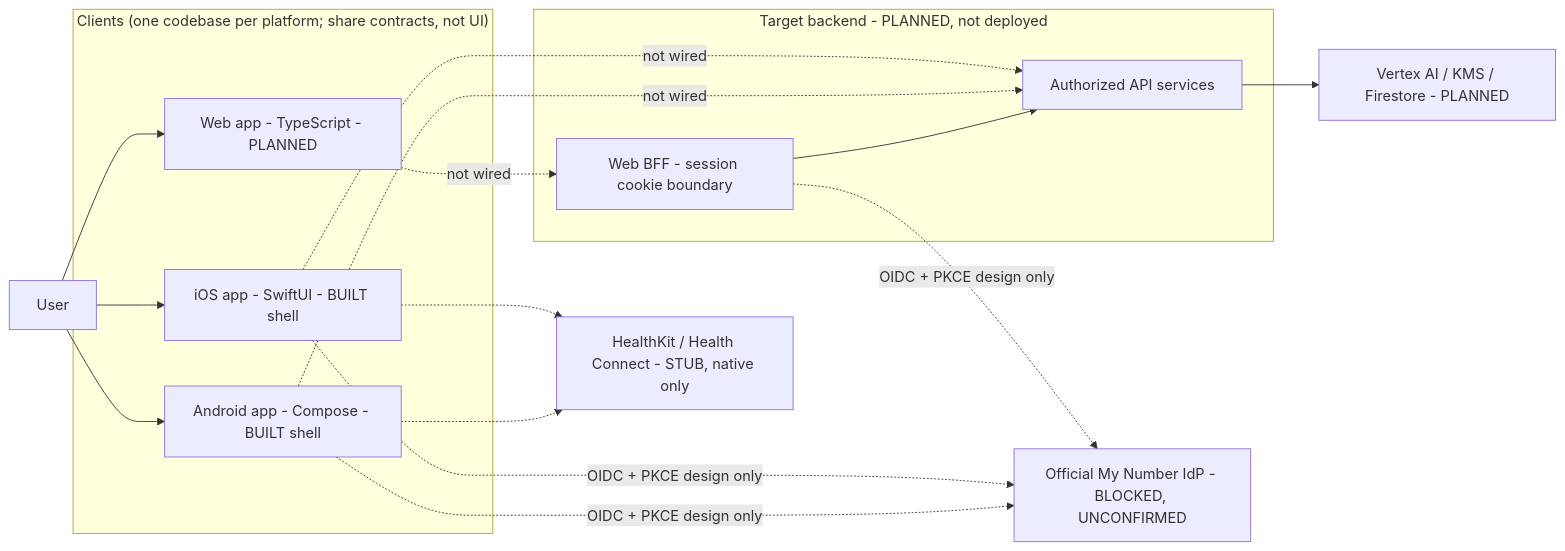
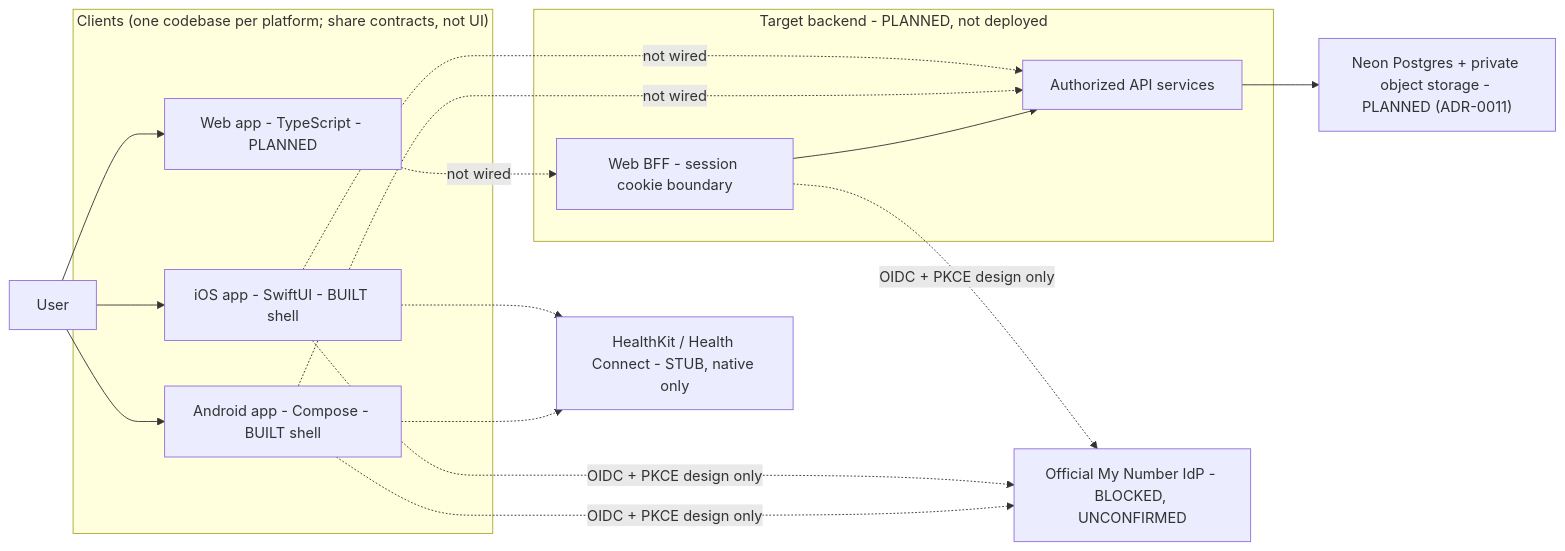
Before and after one commit to sunveda/health-app: the first of 7 diagrams in docs/architecture/system-architecture.md, drawn with Mermaid. The commit also changed other lines of this file and 27 other files, not shown here.

````diff
--- a/docs/architecture/system-architecture.md
+++ b/docs/architecture/system-architecture.md
@@ -34,29 +34,29 @@
 ```mermaid
 flowchart LR
   user["User"]
   subgraph clients["Clients (one codebase per platform; share contracts, not UI)"]
     ios["iOS app - SwiftUI - BUILT shell"]
     android["Android app - Compose - BUILT shell"]
     web["Web app - TypeScript - PLANNED"]
   end
   subgraph backend["Target backend - PLANNED, not deployed"]
     bff["Web BFF - session cookie boundary"]
     api["Authorized API services"]
   end
   idp["Official My Number IdP - BLOCKED, UNCONFIRMED"]
   kits["HealthKit / Health Connect - STUB, native only"]
-  gcp["Vertex AI / KMS / Firestore - PLANNED"]
+  data["Neon Postgres + private object storage - PLANNED (ADR-0011)"]
   user --> ios
   user --> android
   user --> web
   ios -.->|"not wired"| api
   android -.->|"not wired"| api
   web -.->|"not wired"| bff
   bff --> api
-  api --> gcp
+  api --> data
   ios -.->|"OIDC + PKCE design only"| idp
   android -.->|"OIDC + PKCE design only"| idp
   bff -.->|"OIDC + PKCE design only"| idp
   ios -.-> kits
   android -.-> kits
 ```
````
